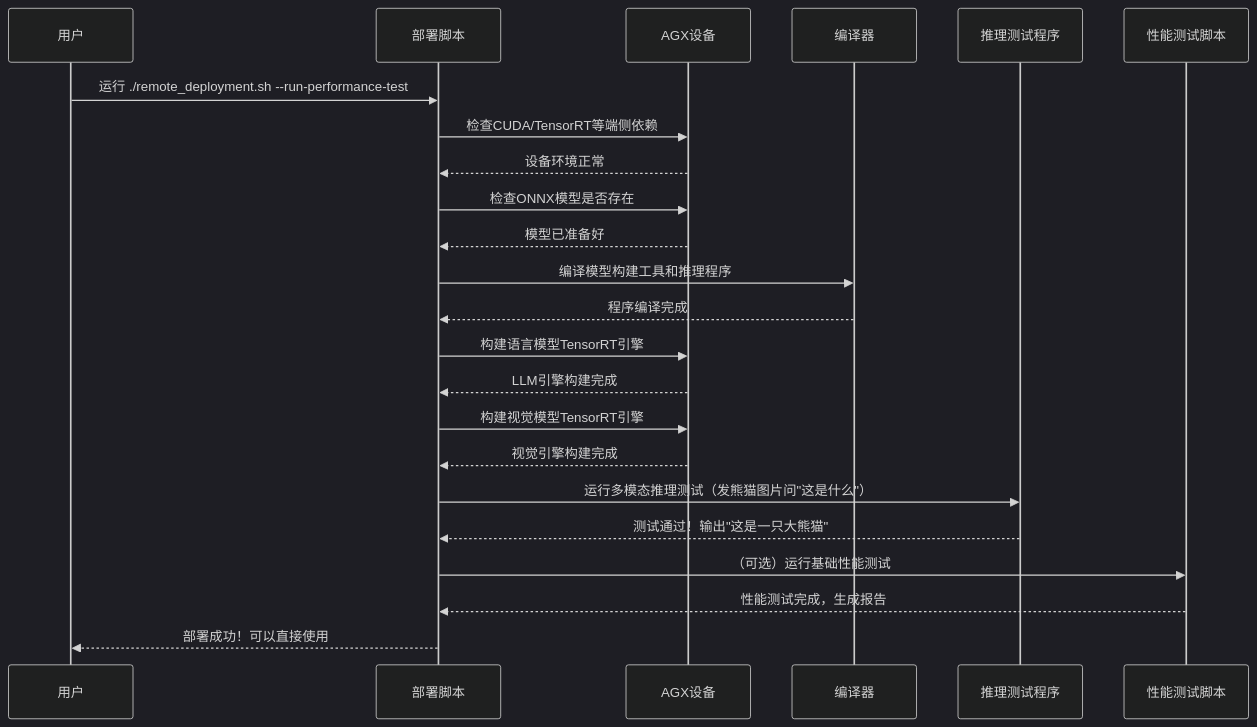
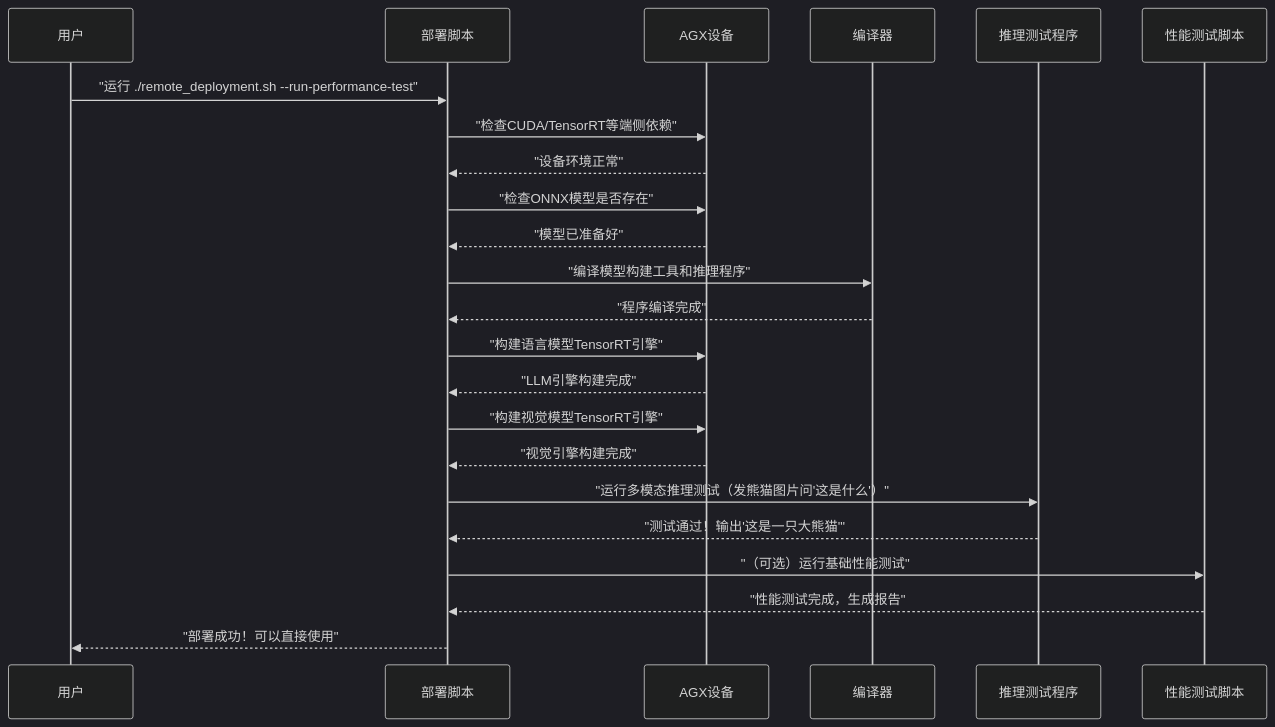
Before and after one commit to crazy2010king/TensorRT-Edge-LLM_Local: the third of 4 diagrams in 端侧多模态模型部署全流程讲解.md, drawn with Mermaid (dark theme). The commit also changed other lines of this file, not shown here.

Commit message:
修复：Mermaid流程图解析错误

````diff
--- a/端侧多模态模型部署全流程讲解.md
+++ b/端侧多模态模型部署全流程讲解.md
@@ -82,25 +82,25 @@
 ```mermaid
 sequenceDiagram
     participant 用户
     participant 部署脚本
     participant AGX设备
     participant 编译器
     participant 推理测试程序
 
-    用户->>部署脚本: 运行 ./remote_deployment.sh --run-performance-test
-    部署脚本->>AGX设备: 检查CUDA/TensorRT等端侧依赖
-    AGX设备-->>部署脚本: 设备环境正常
-    部署脚本->>AGX设备: 检查ONNX模型是否存在
-    AGX设备-->>部署脚本: 模型已准备好
-    部署脚本->>编译器: 编译模型构建工具和推理程序
-    编译器-->>部署脚本: 程序编译完成
-    部署脚本->>AGX设备: 构建语言模型TensorRT引擎
-    AGX设备-->>部署脚本: LLM引擎构建完成
-    部署脚本->>AGX设备: 构建视觉模型TensorRT引擎
-    AGX设备-->>部署脚本: 视觉引擎构建完成
-    部署脚本->>推理测试程序: 运行多模态推理测试（发熊猫图片问"这是什么"）
-    推理测试程序-->>部署脚本: 测试通过！输出"这是一只大熊猫"
-    部署脚本->>性能测试脚本: （可选）运行基础性能测试
-    性能测试脚本-->>部署脚本: 性能测试完成，生成报告
-    部署脚本-->>用户: 部署成功！可以直接使用
+    用户->>部署脚本: "运行 ./remote_deployment.sh --run-performance-test"
+    部署脚本->>AGX设备: "检查CUDA/TensorRT等端侧依赖"
+    AGX设备-->>部署脚本: "设备环境正常"
+    部署脚本->>AGX设备: "检查ONNX模型是否存在"
+    AGX设备-->>部署脚本: "模型已准备好"
+    部署脚本->>编译器: "编译模型构建工具和推理程序"
+    编译器-->>部署脚本: "程序编译完成"
+    部署脚本->>AGX设备: "构建语言模型TensorRT引擎"
+    AGX设备-->>部署脚本: "LLM引擎构建完成"
+    部署脚本->>AGX设备: "构建视觉模型TensorRT引擎"
+    AGX设备-->>部署脚本: "视觉引擎构建完成"
+    部署脚本->>推理测试程序: "运行多模态推理测试（发熊猫图片问'这是什么'）"
+    推理测试程序-->>部署脚本: "测试通过！输出'这是一只大熊猫'"
+    部署脚本->>性能测试脚本: "（可选）运行基础性能测试"
+    性能测试脚本-->>部署脚本: "性能测试完成，生成报告"
+    部署脚本-->>用户: "部署成功！可以直接使用"
 ```
````
